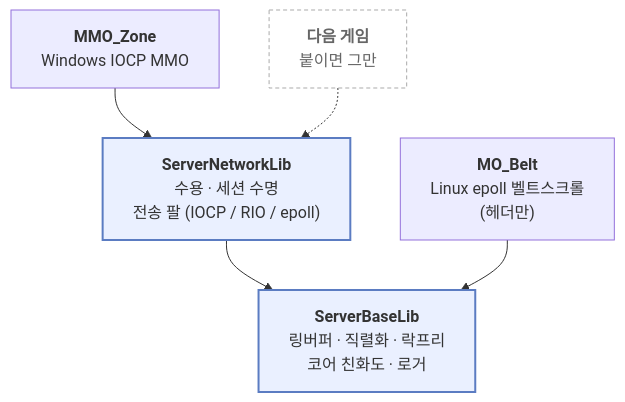
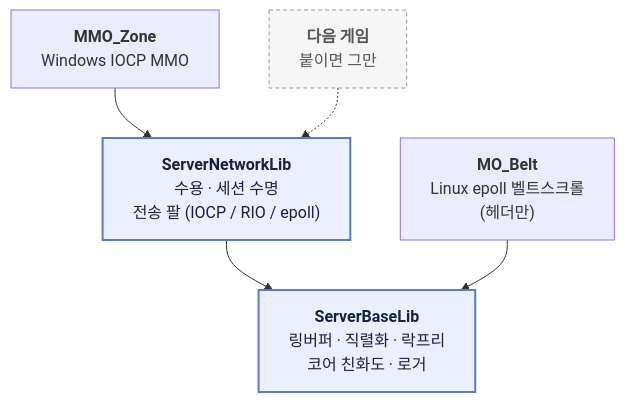
One commit to cocoz93/ServerCore changed the diagram in README.md. Above: the diagram before and after it, drawn with Mermaid.

Commit message:
README 그림의 다크 모드 가독성 수정
- classDef 에 fill 만 주면 깃허브 다크 테마의 밝은 글자색과 겹쳐 글자가 묻힌다
- core·next 양쪽에 color 를 명시

````diff
--- a/README.md
+++ b/README.md
@@ -7,16 +7,17 @@
 ```mermaid
 flowchart TD
     A["<b>MMO_Zone</b><br/>Windows IOCP MMO"]
     C["<b>다음 게임</b><br/>붙이면 그만"]
     B["<b>MO_Belt</b><br/>Linux epoll 벨트스크롤<br/>(헤더만)"]
     N["<b>ServerNetworkLib</b><br/>수용 · 세션 수명<br/>전송 팔 (IOCP / RIO / epoll)"]
     S["<b>ServerBaseLib</b><br/>링버퍼 · 직렬화 · 락프리<br/>코어 친화도 · 로거"]
     A --> N
     C -.-> N
     N --> S
     B --> S
-    classDef core fill:#eaf0ff,stroke:#5b7cc2,stroke-width:2px
-    classDef next fill:#fff,stroke:#aaa,stroke-dasharray:4 3,color:#666
+    %% 글자색을 반드시 같이 지정한다 — fill 만 주면 깃허브 다크 모드에서 글자가 배경에 묻힌다
+    classDef core fill:#eaf0ff,stroke:#5b7cc2,stroke-width:2px,color:#16233d
+    classDef next fill:#f6f6f6,stroke:#999,stroke-dasharray:4 3,color:#555
     class N,S core
     class C next
 ```
````
